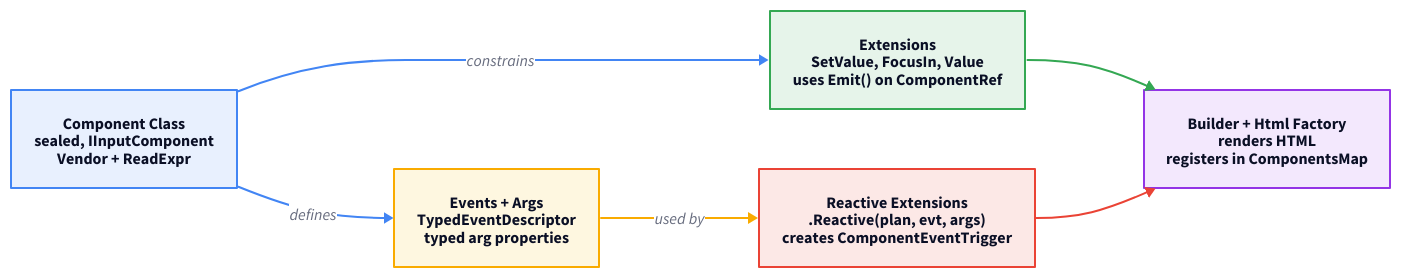
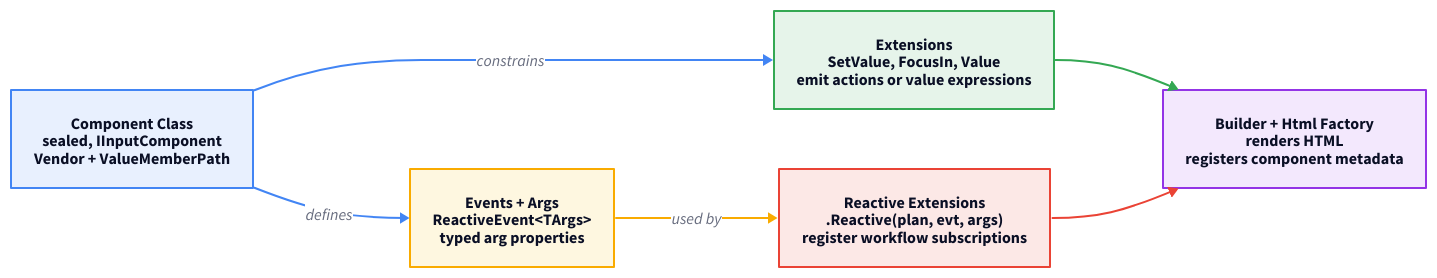
One commit to marafiq/alis-reactive changed the first of 2 diagrams in docs-site/src/content/docs/architecture/vertical-slice.mdx. Above: the diagram before and after it, drawn with D2. The commit also changed other lines of this file and 1014 other files, not shown here.

Commit message:
redesign reactive framework around the v2 plan model

````diff
--- a/docs-site/src/content/docs/architecture/vertical-slice.mdx
+++ b/docs-site/src/content/docs/architecture/vertical-slice.mdx
@@ -26,50 +26,50 @@
 ```d2
 direction: right
 
-component: "Component Class\nsealed, IInputComponent\nVendor + ReadExpr" {
+component: "Component Class\nsealed, IInputComponent\nVendor + ValueMemberPath" {
   shape: rectangle
   style.fill: "#e8f0fe"
   style.stroke: "#4285f4"
   style.font-size: 16
 }
-events: "Events + Args\nTypedEventDescriptor\ntyped arg properties" {
+events: "Events + Args\nReactiveEvent<TArgs>\ntyped arg properties" {
   shape: rectangle
   style.fill: "#fef7e0"
   style.stroke: "#f9ab00"
   style.font-size: 16
 }
-extensions: "Extensions\nSetValue, FocusIn, Value\nuses Emit() on ComponentRef" {
+extensions: "Extensions\nSetValue, FocusIn, Value\nemit actions or value expressions" {
   shape: rectangle
   style.fill: "#e6f4ea"
   style.stroke: "#34a853"
   style.font-size: 16
 }
-reactive: "Reactive Extensions\n.Reactive(plan, evt, args)\ncreates ComponentEventTrigger" {
+reactive: "Reactive Extensions\n.Reactive(plan, evt, args)\nregister workflow subscriptions" {
   shape: rectangle
   style.fill: "#fce8e6"
   style.stroke: "#ea4335"
   style.font-size: 16
 }
-builder: "Builder + Html Factory\nrenders HTML\nregisters in ComponentsMap" {
+builder: "Builder + Html Factory\nrenders HTML\nregisters component metadata" {
   shape: rectangle
   style.fill: "#f3e8fd"
   style.stroke: "#9334e6"
   style.font-size: 16
 }
 
 component -> events: defines {
   style.stroke: "#4285f4"
 }
 component -> extensions: constrains {
   style.stroke: "#4285f4"
 }
 events -> reactive: used by {
   style.stroke: "#f9ab00"
 }
 extensions -> builder: {
   style.stroke: "#34a853"
 }
 reactive -> builder: {
   style.stroke: "#ea4335"
 }
 ```
````
